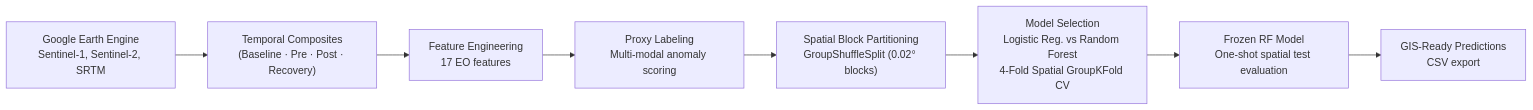
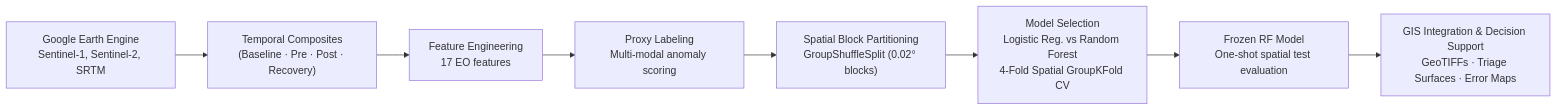
One commit to Mr-Rup/Nepal_Flood changed the diagram in README.md. Above: the diagram before and after it, drawn with Mermaid. The commit also changed other lines of this file and 5 other files, not shown here.

First line of the commit message:
docs: add gis decision support guide and embed 5-panel dashboard in README

````diff
--- a/README.md
+++ b/README.md
@@ -27,10 +27,10 @@
 ```mermaid
 graph LR
     A["Google Earth Engine<br/>Sentinel-1, Sentinel-2, SRTM"] --> B["Temporal Composites<br/>(Baseline · Pre · Post · Recovery)"]
     B --> C["Feature Engineering<br/>17 EO features"]
     C --> D["Proxy Labeling<br/>Multi-modal anomaly scoring"]
     D --> E["Spatial Block Partitioning<br/>GroupShuffleSplit (0.02° blocks)"]
     E --> F["Model Selection<br/>Logistic Reg. vs Random Forest<br/>4-Fold Spatial GroupKFold CV"]
     F --> G["Frozen RF Model<br/>One-shot spatial test evaluation"]
-    G --> H["GIS-Ready Predictions<br/>CSV export"]
+    G --> H["GIS Integration & Decision Support<br/>GeoTIFFs · Triage Surfaces · Error Maps"]
 ```
````
